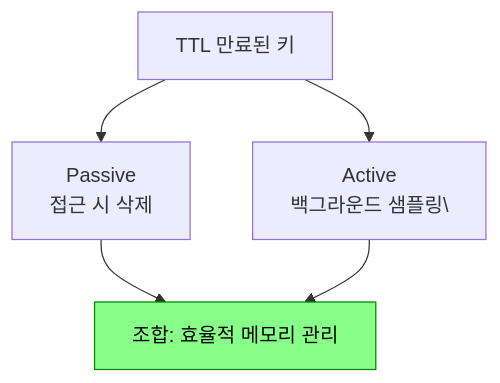
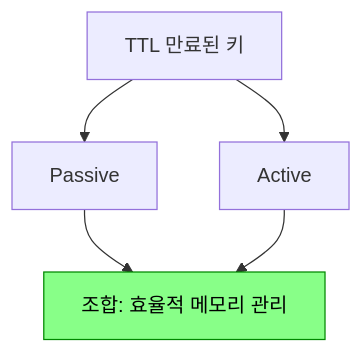
The third of 3 diagrams in _posts/redis/2026-05-01-redis-ttl.md (yjkim2015/yjkim2015.github.io), drawn with Mermaid before and after one commit. The commit also changed 217 other files, not shown here.

First line of the commit message:
Mermaid 크기 수정: useMaxWidth:true + SVG max-width:100% + 라벨 축소

````diff
--- a/_posts/redis/2026-05-01-redis-ttl.md
+++ b/_posts/redis/2026-05-01-redis-ttl.md
@@ -87,7 +87,7 @@
 ```mermaid
 graph TD
-    EXP["TTL 만료된 키"] --> P["Passive\n접근 시 삭제\n"]
-    EXP --> A["Active\n백그라운드 샘플링\"]
+    EXP["TTL 만료된 키"] --> P["Passive"]
+    EXP --> A["Active"]
     P & A --> RESULT["조합: 효율적 메모리 관리"]
     style RESULT fill:#8f8,stroke:#080,color:#000
 ```
````
